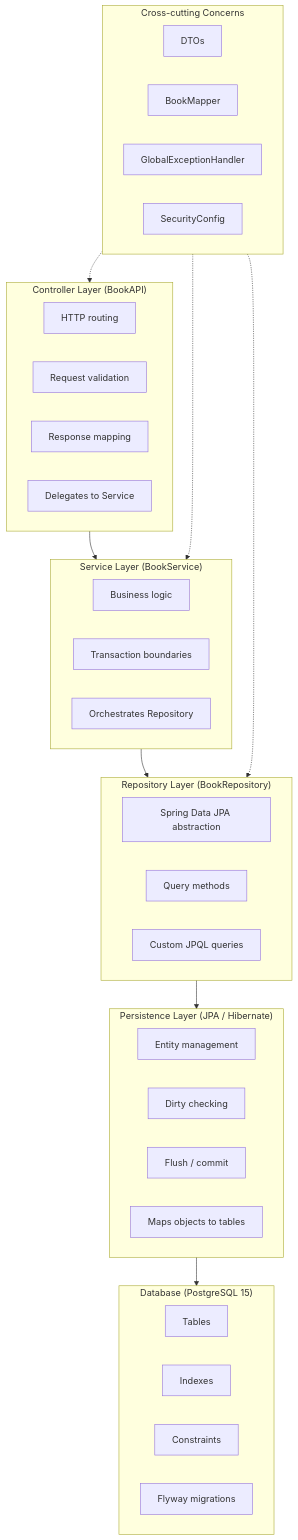
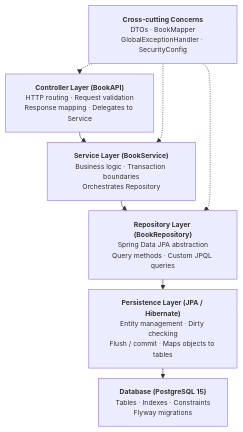
One commit to kyledelfin2006/library-api-system changed the second of 2 diagrams in README.md. Above: the diagram before and after it, drawn with Mermaid.

Commit message:
[document] agents.md, readme.md

````diff
--- a/README.md
+++ b/README.md
@@ -65,51 +65,15 @@
 ```mermaid
+%%{init: {"flowchart": {"nodeSpacing": 12, "rankSpacing": 18}, "themeVariables": {"fontSize": "12px"}}}%%
 flowchart TD
-    subgraph Controller ["Controller Layer (BookAPI)"]
-        A1["HTTP routing"]
-        A2["Request validation"]
-        A3["Response mapping"]
-        A4["Delegates to Service"]
-    end
+    C["<b>Controller Layer (BookAPI)</b><br/>HTTP routing · Request validation<br/>Response mapping · Delegates to Service"]
+    S["<b>Service Layer (BookService)</b><br/>Business logic · Transaction boundaries<br/>Orchestrates Repository"]
+    R["<b>Repository Layer (BookRepository)</b><br/>Spring Data JPA abstraction<br/>Query methods · Custom JPQL queries"]
+    P["<b>Persistence Layer (JPA / Hibernate)</b><br/>Entity management · Dirty checking<br/>Flush / commit · Maps objects to tables"]
+    D["<b>Database (PostgreSQL 15)</b><br/>Tables · Indexes · Constraints<br/>Flyway migrations"]
+    X["<b>Cross-cutting Concerns</b><br/>DTOs · BookMapper<br/>GlobalExceptionHandler · SecurityConfig"]
 
-    subgraph Service ["Service Layer (BookService)"]
-        B1["Business logic"]
-        B2["Transaction boundaries"]
-        B3["Orchestrates Repository"]
-    end
-
-    subgraph Repository ["Repository Layer (BookRepository)"]
-        C1["Spring Data JPA abstraction"]
-        C2["Query methods"]
-        C3["Custom JPQL queries"]
-    end
-
-    subgraph Persistence ["Persistence Layer (JPA / Hibernate)"]
-        D1["Entity management"]
-        D2["Dirty checking"]
-        D3["Flush / commit"]
-        D4["Maps objects to tables"]
-    end
-
-    subgraph Database ["Database (PostgreSQL 15)"]
-        E1["Tables"]
-        E2["Indexes"]
-        E3["Constraints"]
-        E4["Flyway migrations"]
-    end
-
-    Controller --> Service
-    Service --> Repository
-    Repository --> Persistence
-    Persistence --> Database
-
-    subgraph CrossCutting ["Cross-cutting Concerns"]
-        F1["DTOs"]
-        F2["BookMapper"]
-        F3["GlobalExceptionHandler"]
-        F4["SecurityConfig"]
-    end
-
-    CrossCutting -.-> Controller
-    CrossCutting -.-> Service
-    CrossCutting -.-> Repository
+    C --> S --> R --> P --> D
+    X -.-> C
+    X -.-> S
+    X -.-> R
 ```
````
